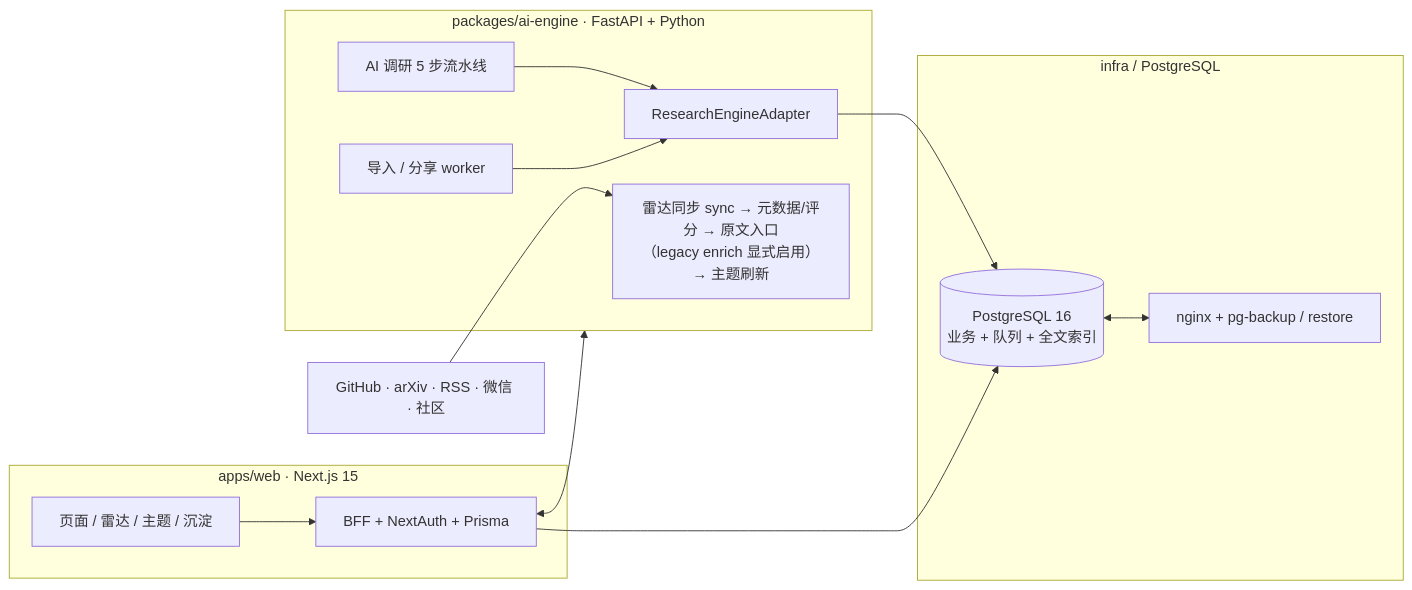
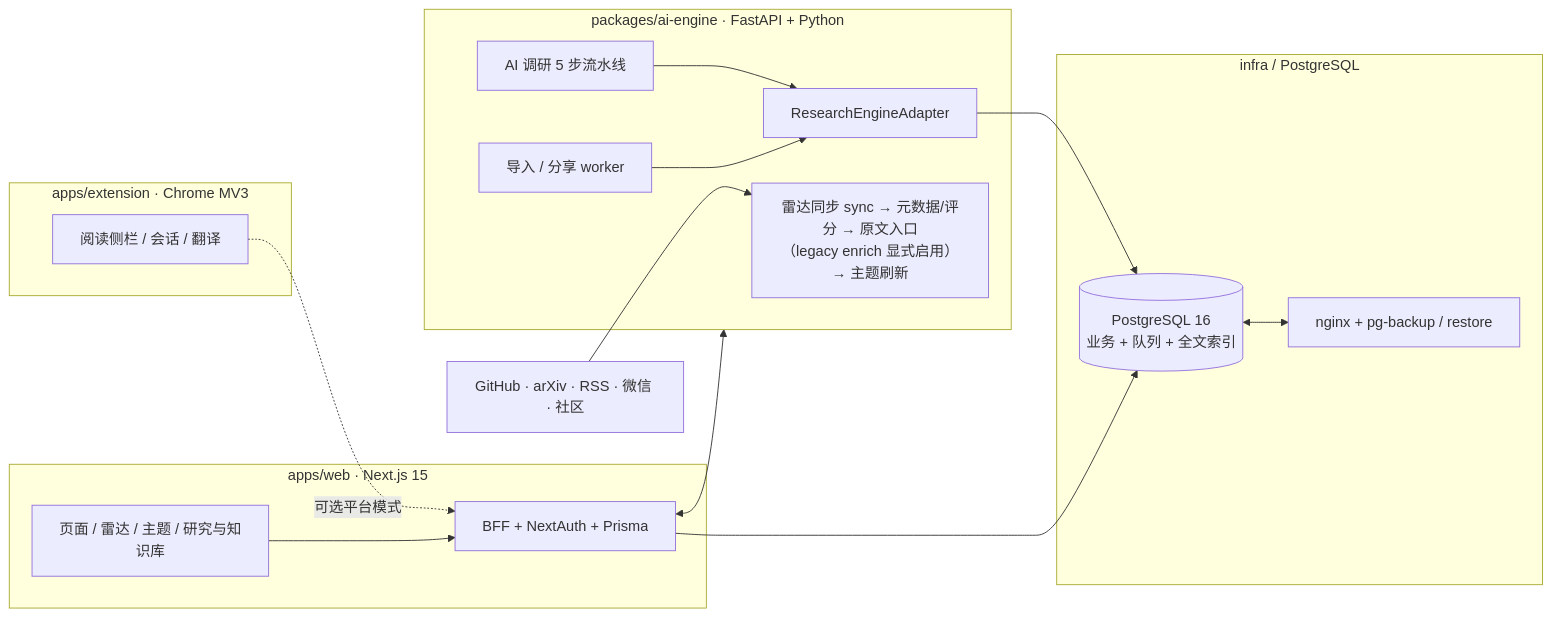
Before and after one commit to csbpku/deep_research: the diagram in README.md, drawn with Mermaid. The commit also changed other lines of this file and 394 other files, not shown here.

````diff
--- a/README.md
+++ b/README.md
@@ -29,28 +27,33 @@
 ```mermaid
 flowchart LR
     subgraph Web["apps/web · Next.js 15"]
-        UI["页面 / 雷达 / 主题 / 沉淀"]
+        UI["页面 / 雷达 / 主题 / 研究与知识库"]
         BFF["BFF + NextAuth + Prisma"]
+    end
+
+    subgraph Reader["apps/extension · Chrome MV3"]
+        Panel["阅读侧栏 / 会话 / 翻译"]
     end
 
     subgraph Engine["packages/ai-engine · FastAPI + Python"]
         Radar["雷达同步 sync → 元数据/评分 → 原文入口<br/>（legacy enrich 显式启用）→ 主题刷新"]
         Research["AI 调研 5 步流水线"]
         Worker["导入 / 分享 worker"]
         Adapter["ResearchEngineAdapter"]
     end
 
     subgraph Infra["infra / PostgreSQL"]
         DB[("PostgreSQL 16<br/>业务 + 队列 + 全文索引")]
         Nginx["nginx + pg-backup / restore"]
     end
 
     Sources["GitHub · arXiv · RSS · 微信 · 社区"] --> Radar
     UI --> BFF
+    Panel -. "可选平台模式" .-> BFF
     BFF --> DB
     BFF <--> Engine
     Research --> Adapter
     Worker --> Adapter
     Adapter --> DB
     DB <--> Nginx
 ```
````
